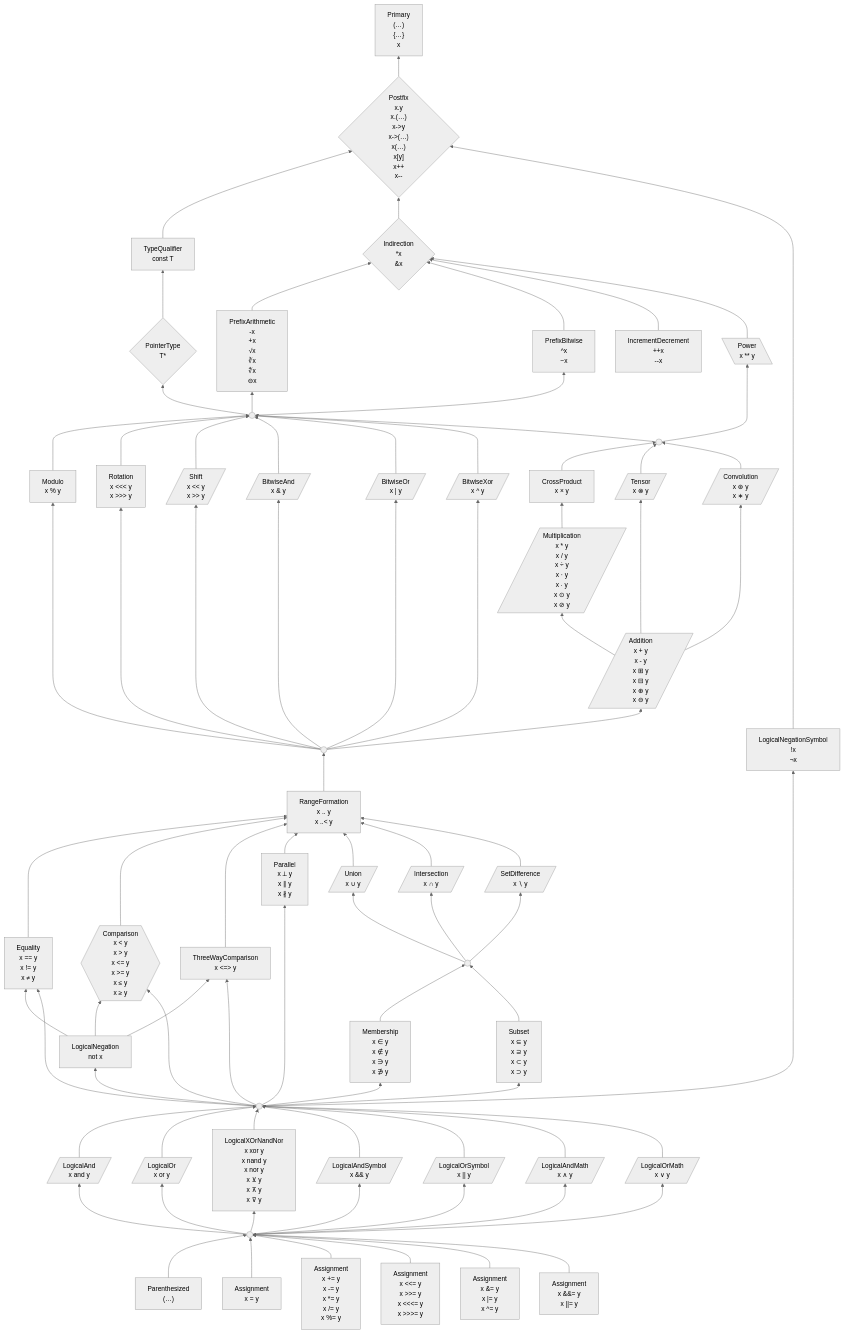
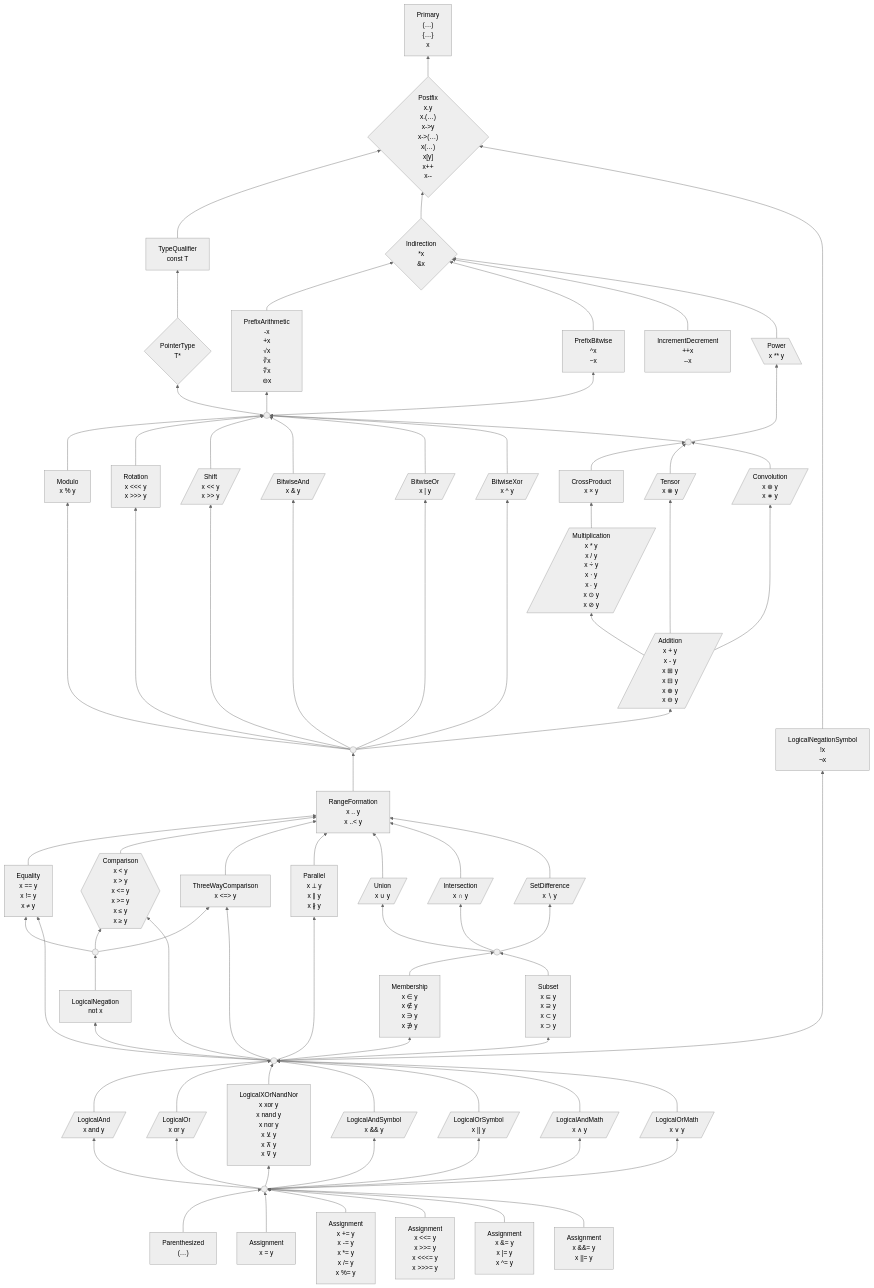
One commit to laro/Cilia changed the first of 2 diagrams in 6 .../2 Unfinished Ideas.md. Above: the diagram before and after it, drawn with Mermaid (neutral theme).

```diff
--- a/6 .../2 Unfinished Ideas.md
+++ b/6 .../2 Unfinished Ideas.md
@@ -348,7 +348,10 @@
 x ⊃ y"]
 
     %% `not` binds looser than equality/comparison (as in Carbon): `not a == b` is `not (a == b)`
-    not --> equality & comparison & threeWay
+    negationOperand --> equality & comparison & threeWay
+    negationOperand((" "))
+
+    not --> negationOperand
     not["LogicalNegation
 not x"]
 
```
